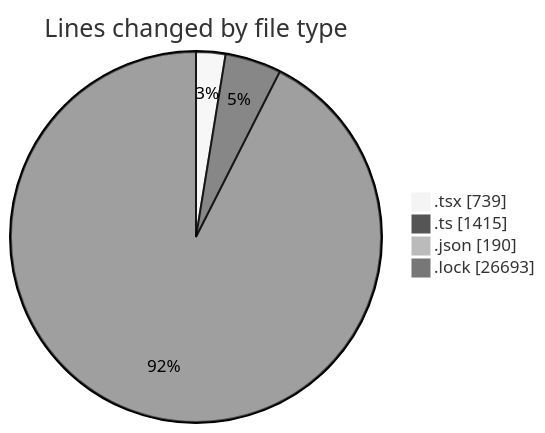
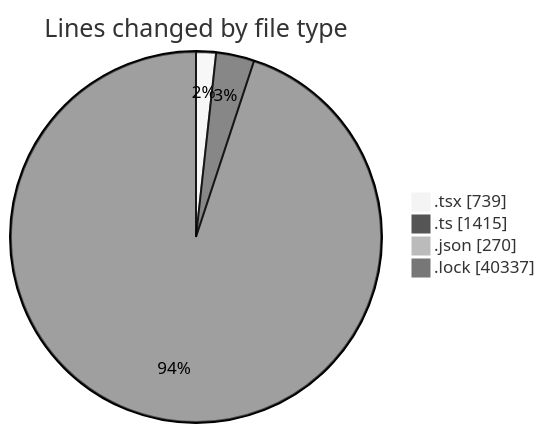
Before and after one commit to momahboobian/code-tracking: the first of 2 diagrams in 2026-03-27/cda/README.md, drawn with Mermaid (neutral theme). The commit also changed other lines of this file and 1 other file, not shown here.

````diff
--- a/2026-03-27/cda/README.md
+++ b/2026-03-27/cda/README.md
@@ -34,8 +36,8 @@
 ```mermaid
 pie showData
 title Lines changed by file type
 ".tsx" : 739
 ".ts" : 1415
-".json" : 190
-".lock" : 26693
+".json" : 270
+".lock" : 40337
 ```
````
